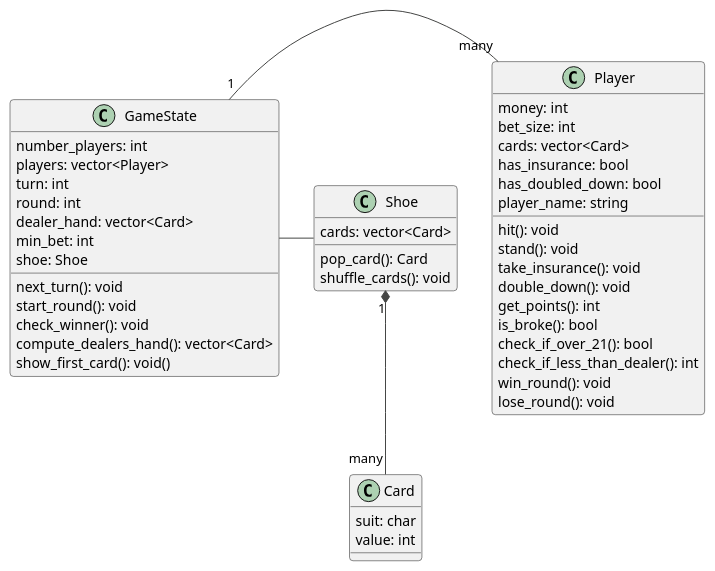
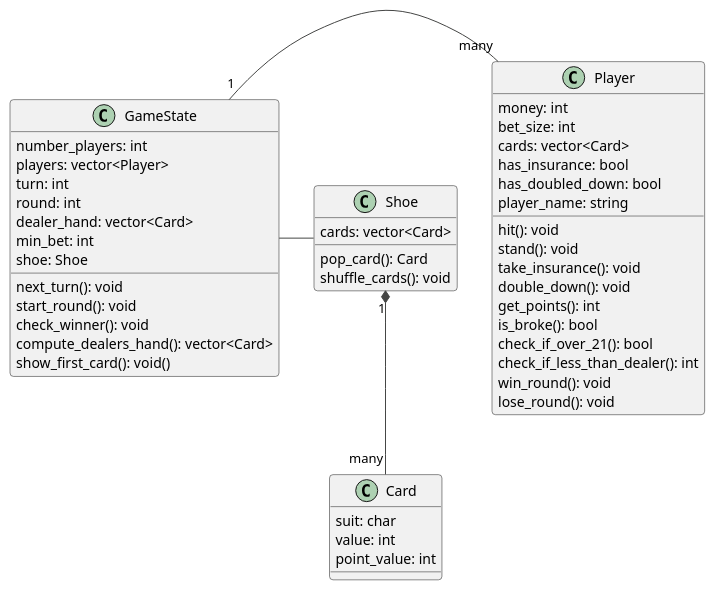
The diagram in sds/plant_codes/general.puml (luca-commits/blackjack), drawn with PlantUML before and after one commit.

```diff
--- a/sds/plant_codes/general.puml
+++ b/sds/plant_codes/general.puml
@@ -1,56 +1,57 @@
 @startuml
 ' !theme plain
 !theme vibrant
 
 class Player {
   money: int
   bet_size: int
   cards: vector<Card> 
   hit(): void
   stand(): void
   take_insurance(): void
   double_down(): void
   has_insurance: bool
   has_doubled_down: bool
   get_points(): int
   is_broke(): bool
   check_if_over_21(): bool
   check_if_less_than_dealer(): int
   win_round(): void
   lose_round(): void
   player_name: string
 }
   
 class Card {
   suit: char
   value: int
+  point_value: int
 }
 
 class GameState{
   number_players: int
   players: vector<Player>
   turn: int
   round: int
   dealer_hand: vector<Card>
   min_bet: int
   next_turn(): void
   start_round(): void
   check_winner(): void
   compute_dealers_hand(): vector<Card>
   shoe: Shoe
   show_first_card(): void()
 }
 
 class Shoe{
   cards: vector<Card> 
   pop_card(): Card
   shuffle_cards(): void
 }
 
 Shoe "1" *-- "many" Card 
 
 
 GameState "1" - "many" Player 
 
 GameState - Shoe
 @enduml
```
